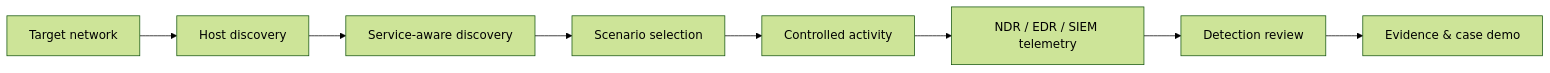
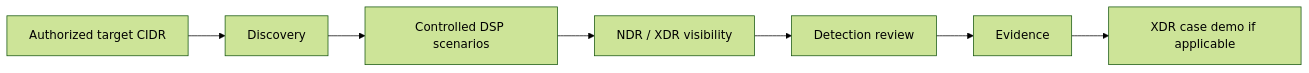
Before and after one commit to xdr-labs/detection-scenario-platform-docs: the diagram in poc-program.mdx, drawn with Mermaid (forest theme). The commit also changed other lines of this file and 10 other files, not shown here.

Commit message:
Improve DSP docs usability and XDR NDR focus

````diff
--- a/poc-program.mdx
+++ b/poc-program.mdx
@@ -31,10 +14,9 @@
 ```mermaid
 flowchart LR
-    A[Target network] --> B[Host discovery]
-    B --> C[Service-aware discovery]
-    C --> D[Scenario selection]
-    D --> E[Controlled activity]
-    E --> F[NDR / EDR / SIEM telemetry]
-    F --> G[Detection review]
-    G --> H[Evidence & case demo]
+    A[Authorized target CIDR] --> B[Discovery]
+    B --> C[Controlled DSP scenarios]
+    C --> D[NDR / XDR visibility]
+    D --> E[Detection review]
+    E --> F[Evidence]
+    F --> G[XDR case demo if applicable]
 ```
````
